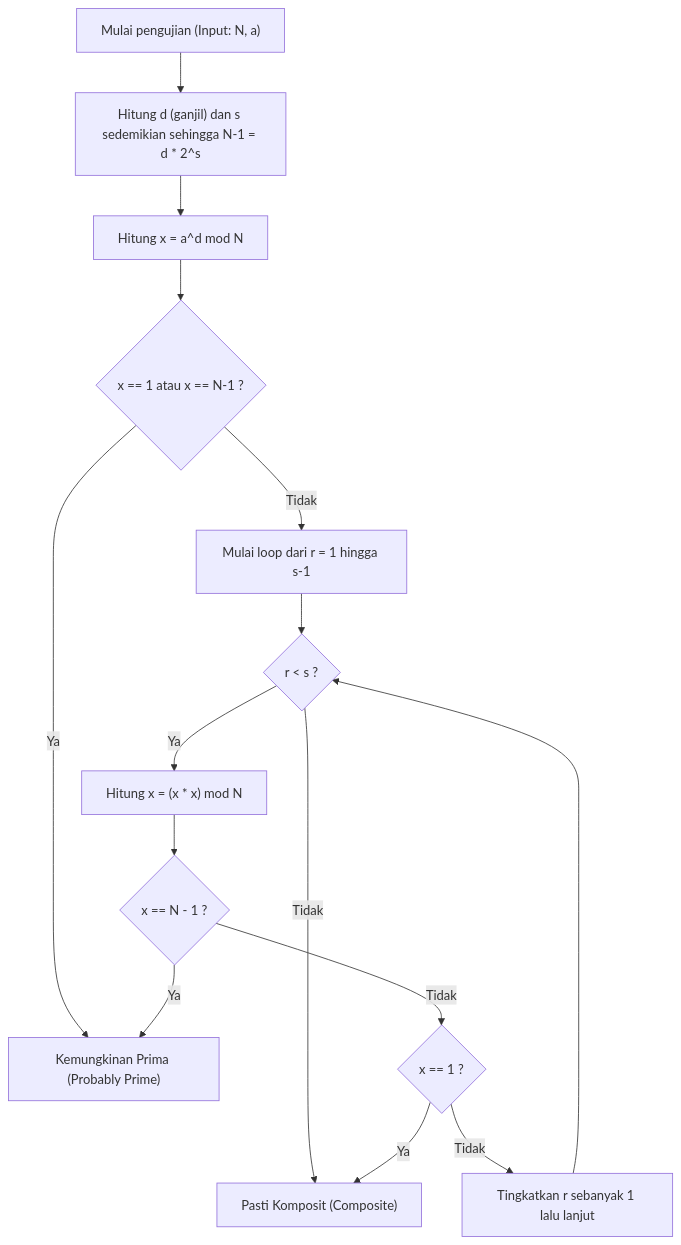
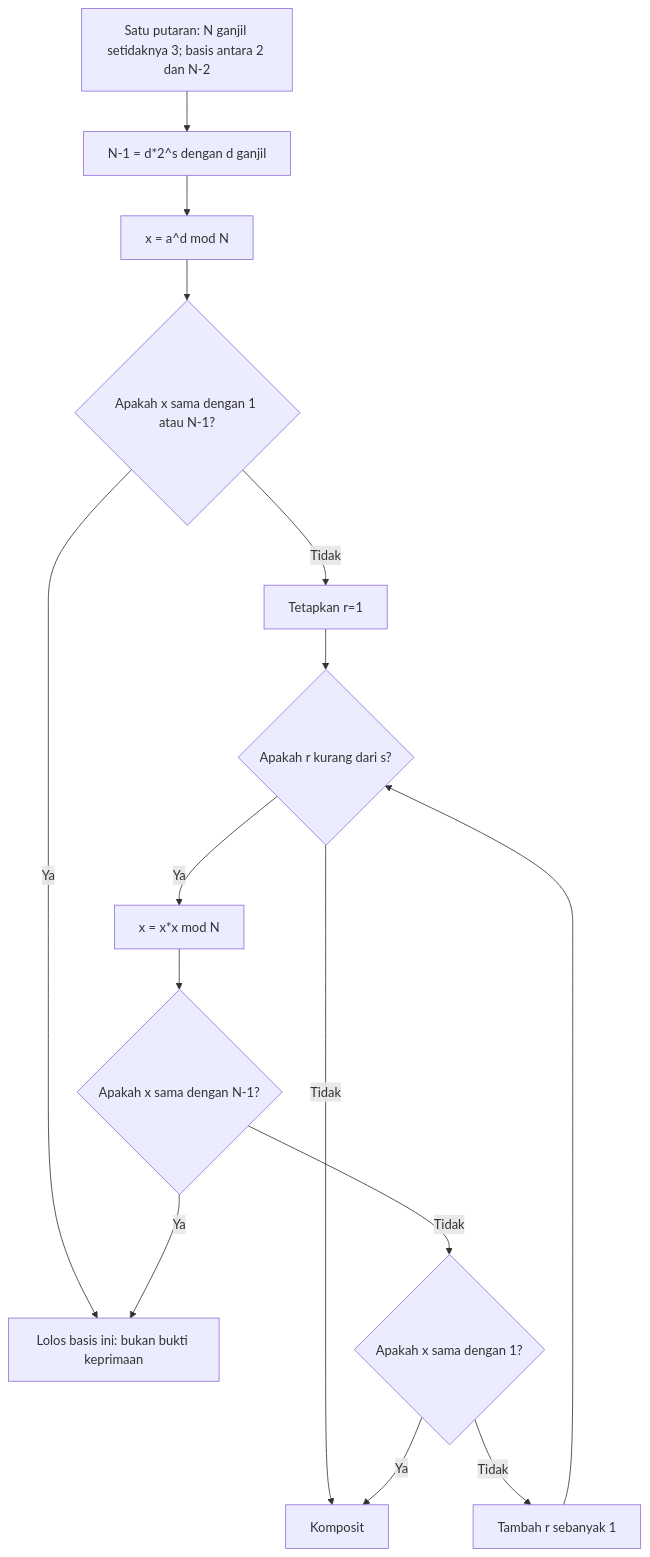
The first of 2 diagrams in content/post/cppで実装する高速な素数判定アルゴリズム/index.id.md (kenjinote/blog), drawn with Mermaid before and after one commit. The commit also changed other lines of this file and 4 other files, not shown here.

````diff
--- a/content/post/cppで実装する高速な素数判定アルゴリズム/index.id.md
+++ b/content/post/cppで実装する高速な素数判定アルゴリズム/index.id.md
@@ -123,20 +116,17 @@
 ```mermaid
 graph TD
-    Start["Mulai pengujian (Input: N, a)"] --> CalcDS["Hitung d (ganjil) dan s sedemikian sehingga N-1 = d * 2^s"]
-    CalcDS --> CalcX["Hitung x = a^d mod N"]
-    CalcX --> CheckX1{"x == 1 atau x == N-1 ?"}
-    CheckX1 -- Ya --> ReturnTrue["Kemungkinan Prima (Probably Prime)"]
-    CheckX1 -- Tidak --> LoopStart["Mulai loop dari r = 1 hingga s-1"]
-    
-    LoopStart --> LoopCondition{"r < s ?"}
-    LoopCondition -- Tidak --> ReturnFalse["Pasti Komposit (Composite)"]
-    LoopCondition -- Ya --> SquareX["Hitung x = (x * x) mod N"]
-    
-    SquareX --> CheckXMinus1{"x == N - 1 ?"}
-    CheckXMinus1 -- Ya --> ReturnTrue
-    CheckXMinus1 -- Tidak --> CheckXOne{"x == 1 ?"}
-    
-    CheckXOne -- Ya --> ReturnFalse
-    CheckXOne -- Tidak --> LoopNext["Tingkatkan r sebanyak 1 lalu lanjut"]
-    LoopNext --> LoopCondition
+    Start["Satu putaran: N ganjil setidaknya 3; basis antara 2 dan N-2"] --> DS["N-1 = d*2^s dengan d ganjil"]
+    DS --> Power["x = a^d mod N"]
+    Power --> First{"Apakah x sama dengan 1 atau N-1?"}
+    First -- Ya --> Pass["Lolos basis ini: bukan bukti keprimaan"]
+    First -- Tidak --> Init["Tetapkan r=1"]
+    Init --> More{"Apakah r kurang dari s?"}
+    More -- Tidak --> Fail["Komposit"]
+    More -- Ya --> Square["x = x*x mod N"]
+    Square --> Minus{"Apakah x sama dengan N-1?"}
+    Minus -- Ya --> Pass
+    Minus -- Tidak --> One{"Apakah x sama dengan 1?"}
+    One -- Ya --> Fail
+    One -- Tidak --> Next["Tambah r sebanyak 1"]
+    Next --> More
 ```
````
